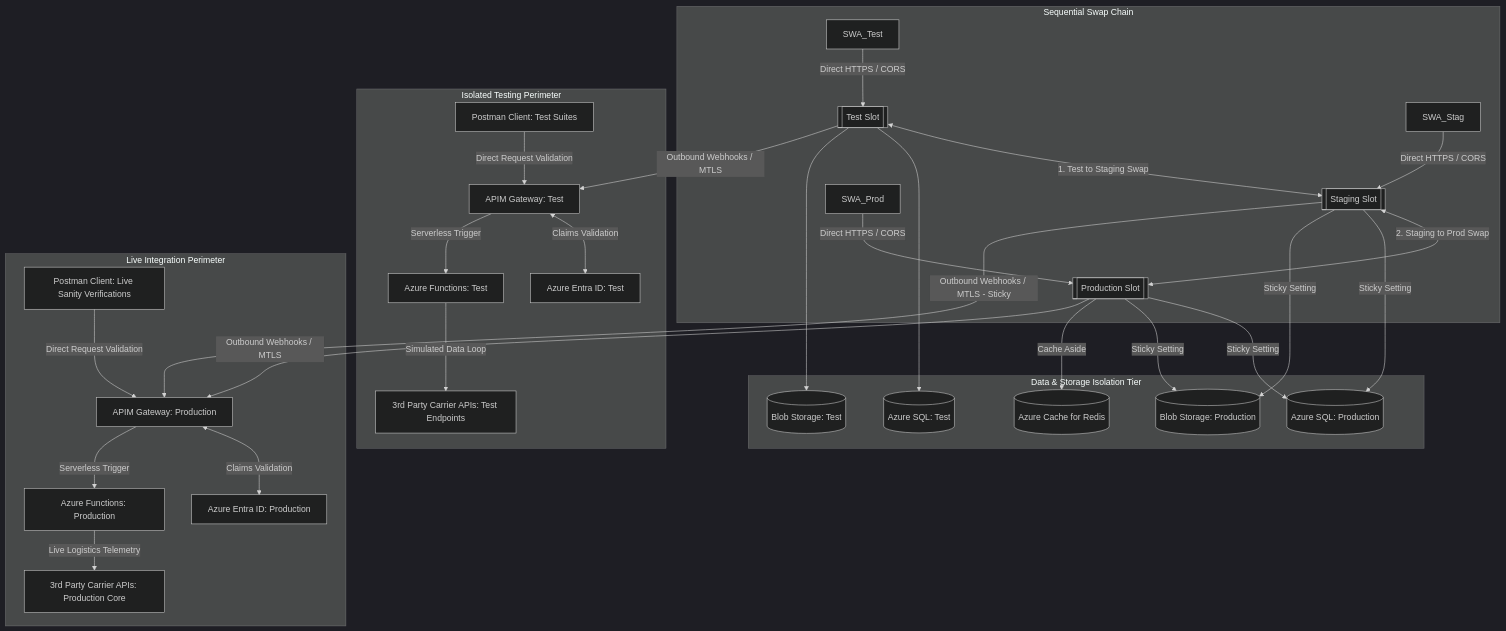
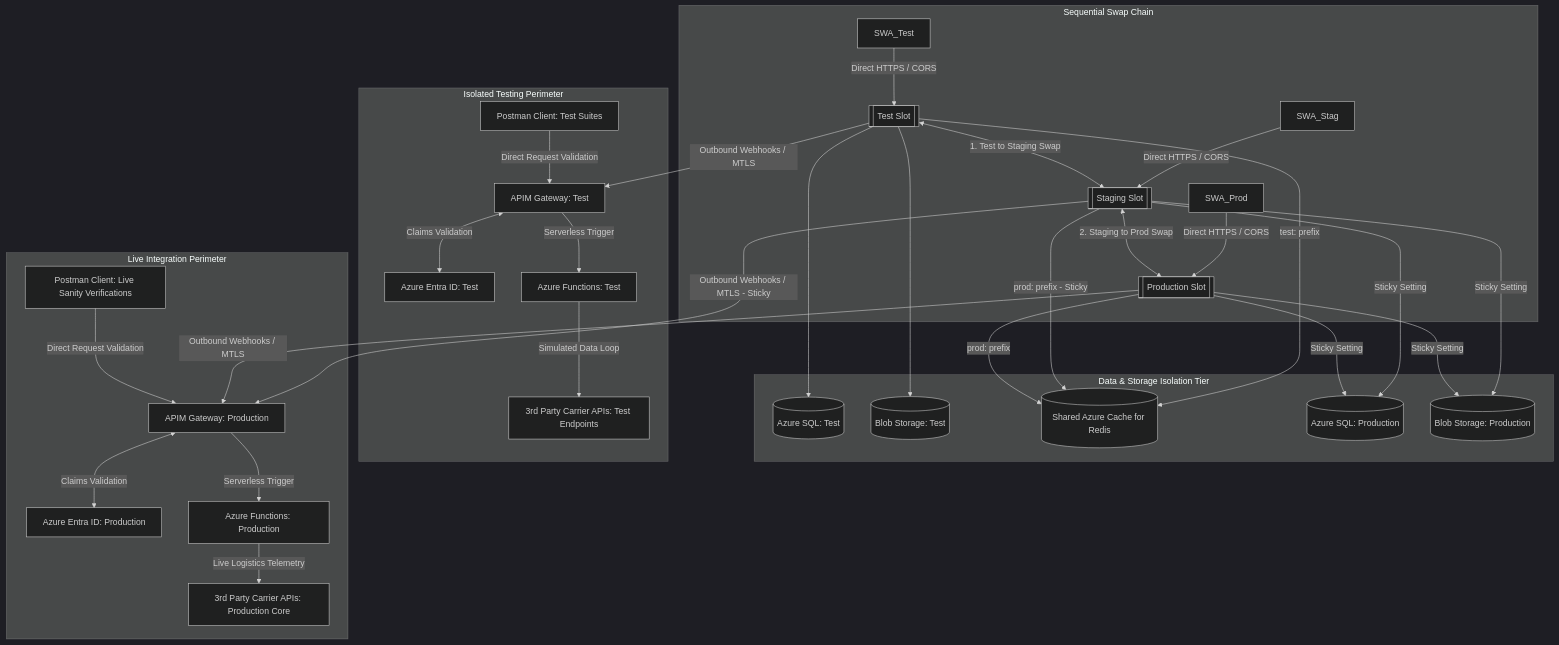
Before and after one commit to acforbes/freight-logistics-architecture: the first of 2 diagrams in README.md, drawn with Mermaid (dark theme). The commit also changed 2 other files, not shown here.

Commit message:
docs: update redis cache to reflect shared slot access and key variation

````diff
--- a/README.md
+++ b/README.md
@@ -36,38 +36,43 @@
 ```mermaid
 graph TD
     subgraph Backend App Service Plan [Sequential Swap Chain]
         SWA_Test -->|Direct HTTPS / CORS| Slot_Test[[Test Slot]]
         SWA_Stag -->|Direct HTTPS / CORS| Slot_Stag[[Staging Slot]]
         SWA_Prod -->|Direct HTTPS / CORS| Slot_Prod[[Production Slot]]
         
         Slot_Test <-->|1. Test to Staging Swap| Slot_Stag
         Slot_Stag <-->|2. Staging to Prod Swap| Slot_Prod
     end
 
     subgraph Data & Storage Isolation Tier
         Slot_Test --> DB_Test[(Azure SQL: Test)]
         Slot_Test --> Blob_Test[(Blob Storage: Test)]
+        Slot_Test -->|test: prefix| Redis[(Shared Azure Cache for Redis)]
+
         Slot_Stag -->|Sticky Setting| DB_Prod[(Azure SQL: Production)]
         Slot_Prod -->|Sticky Setting| DB_Prod
         Slot_Stag -->|Sticky Setting| Blob_Prod[(Blob Storage: Production)]
         Slot_Prod -->|Sticky Setting| Blob_Prod
-        Slot_Prod -->|Cache Aside| Redis[(Azure Cache for Redis)]
+        
+        %% Production Key-Space Convergence
+        Slot_Stag -->|prod: prefix - Sticky| Redis
+        Slot_Prod -->|prod: prefix| Redis
     end
 
     subgraph Test Microservice Facade [Isolated Testing Perimeter]
         Slot_Test -->|Outbound Webhooks / MTLS| APIM_Test[APIM Gateway: Test]
         PM_Test[Postman Client: Test Suites] -->|Direct Request Validation| APIM_Test
         APIM_Test <-->|Claims Validation| Entra_Test[Azure Entra ID: Test]
         APIM_Test -->|Serverless Trigger| AzFunc_Test[Azure Functions: Test]
         AzFunc_Test -->|Simulated Data Loop| External_Test[3rd Party Carrier APIs: Test Endpoints]
     end
 
     subgraph Production Microservice Facade [Live Integration Perimeter]
         Slot_Stag -->|Outbound Webhooks / MTLS - Sticky| APIM_Prod[APIM Gateway: Production]
         Slot_Prod -->|Outbound Webhooks / MTLS| APIM_Prod
         PM_Prod[Postman Client: Live Sanity Verifications] -->|Direct Request Validation| APIM_Prod
         APIM_Prod <-->|Claims Validation| Entra_Prod[Azure Entra ID: Production]
         APIM_Prod -->|Serverless Trigger| AzFunc_Prod[Azure Functions: Production]
         AzFunc_Prod -->|Live Logistics Telemetry| External_Prod[3rd Party Carrier APIs: Production Core]
     end
 ```
````
